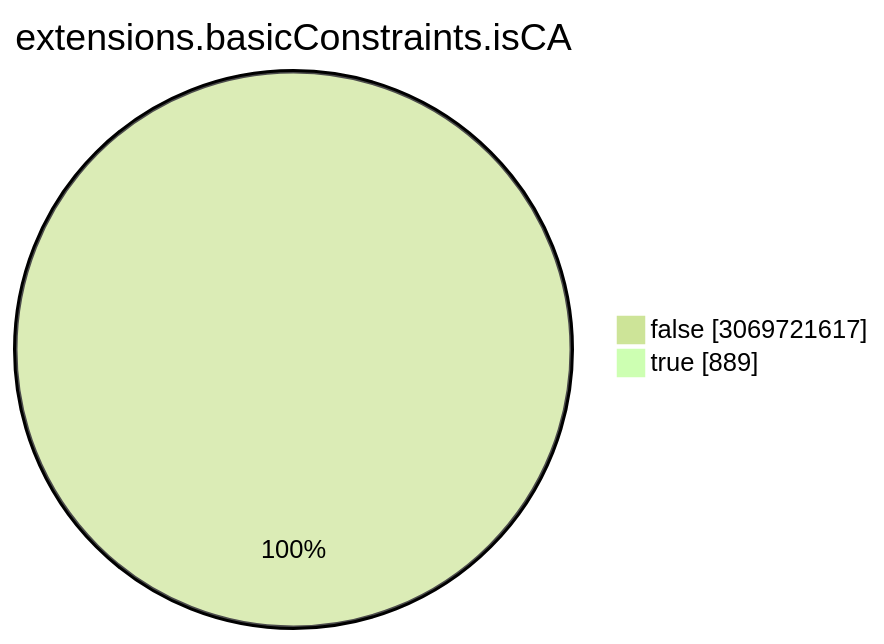
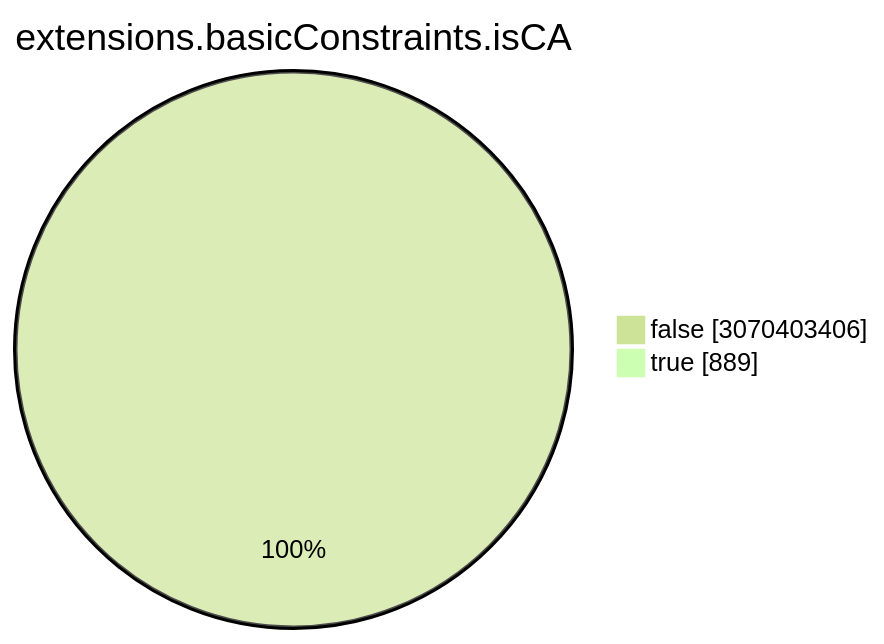
The seventh of 15 diagrams in TOTAL/README.md (christiankrug/ctmonitor_visualization), drawn with Mermaid (forest theme) before and after one commit. The commit also changed other lines of this file, not shown here.

````diff
--- a/TOTAL/README.md
+++ b/TOTAL/README.md
@@ -3086,6 +3086,6 @@
 ```mermaid
 pie showData
 title extensions.basicConstraints.isCA
-"false" :3069721617
+"false" :3070403406
 "true" :889
 ```
````
